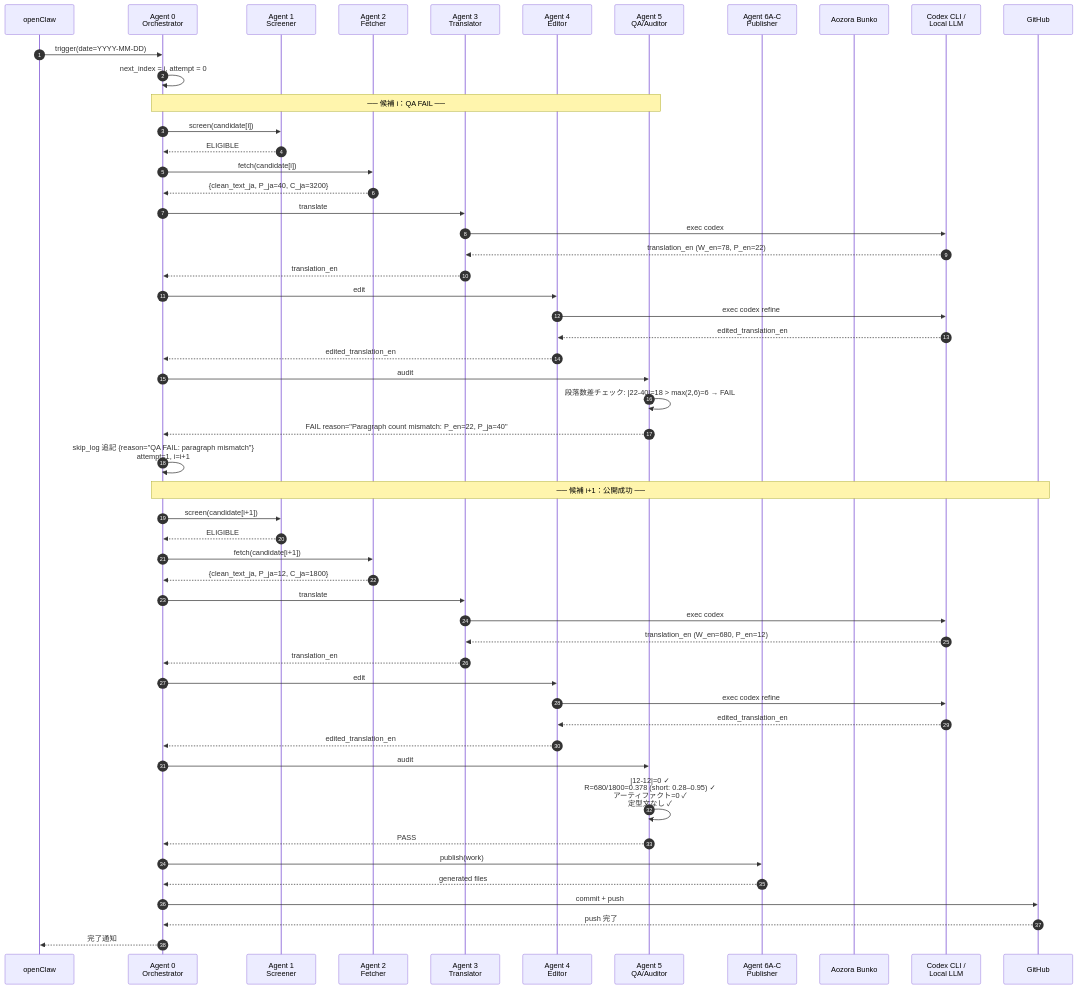
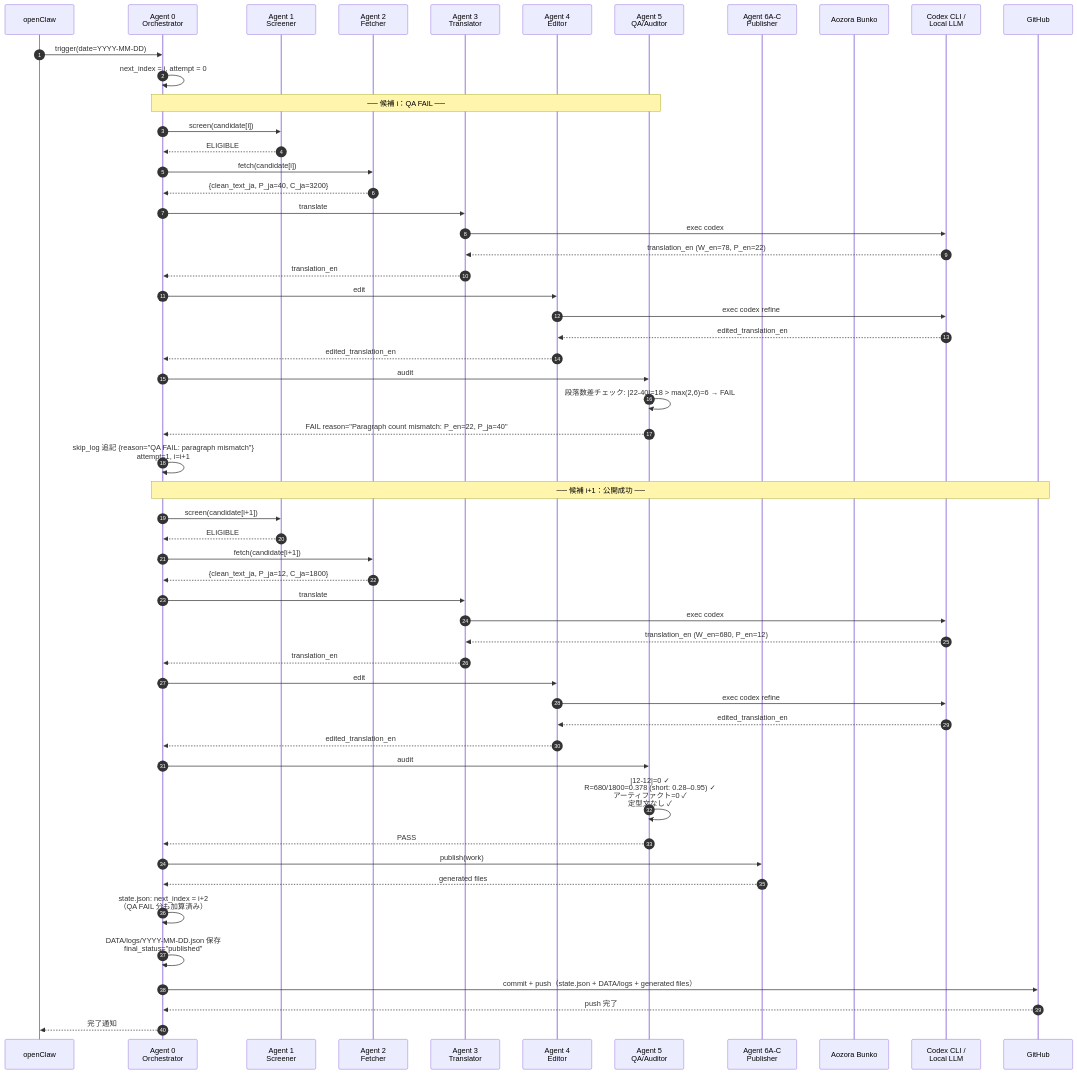
One commit to garyohosu/AozoraDailyTranslations changed the third of 10 diagrams in SEQUENCE.md. Above: the diagram before and after it, drawn with Mermaid. The commit also changed other lines of this file and 1 other file, not shown here.

Commit message:
docs: align workflow commit order and exhausted issue policy

````diff
--- a/SEQUENCE.md
+++ b/SEQUENCE.md
@@ -166,65 +165,67 @@
 ```mermaid
 sequenceDiagram
     autonumber
     participant OC as openClaw
     participant Orch as Agent 0<br/>Orchestrator
     participant Screen as Agent 1<br/>Screener
     participant Fetch as Agent 2<br/>Fetcher
     participant Trans as Agent 3<br/>Translator
     participant Edit as Agent 4<br/>Editor
     participant QA as Agent 5<br/>QA/Auditor
     participant Pub as Agent 6A-C<br/>Publisher
     participant AZ as Aozora Bunko
     participant LLM as Codex CLI /<br/>Local LLM
     participant GH as GitHub
 
     OC->>Orch: trigger(date=YYYY-MM-DD)
     Orch->>Orch: next_index = i, attempt = 0
 
     Note over Orch,QA: ── 候補 i：QA FAIL ──
     Orch->>Screen: screen(candidate[i])
     Screen-->>Orch: ELIGIBLE
     Orch->>Fetch: fetch(candidate[i])
     Fetch-->>Orch: {clean_text_ja, P_ja=40, C_ja=3200}
 
     Orch->>Trans: translate
     Trans->>LLM: exec codex
     LLM-->>Trans: translation_en (W_en=78, P_en=22)
     Trans-->>Orch: translation_en
 
     Orch->>Edit: edit
     Edit->>LLM: exec codex refine
     LLM-->>Edit: edited_translation_en
     Edit-->>Orch: edited_translation_en
 
     Orch->>QA: audit
     QA->>QA: 段落数差チェック: |22-40|=18 > max(2,6)=6 → FAIL
     QA-->>Orch: FAIL reason="Paragraph count mismatch: P_en=22, P_ja=40"
     Orch->>Orch: skip_log 追記 {reason="QA FAIL: paragraph mismatch"}<br/>attempt=1, i=i+1
 
     Note over Orch,GH: ── 候補 i+1：公開成功 ──
     Orch->>Screen: screen(candidate[i+1])
     Screen-->>Orch: ELIGIBLE
     Orch->>Fetch: fetch(candidate[i+1])
     Fetch-->>Orch: {clean_text_ja, P_ja=12, C_ja=1800}
 
     Orch->>Trans: translate
     Trans->>LLM: exec codex
     LLM-->>Trans: translation_en (W_en=680, P_en=12)
     Trans-->>Orch: translation_en
 
     Orch->>Edit: edit
     Edit->>LLM: exec codex refine
     LLM-->>Edit: edited_translation_en
     Edit-->>Orch: edited_translation_en
 
     Orch->>QA: audit
     QA->>QA: |12-12|=0 ✓<br/>R=680/1800=0.378 (short: 0.28–0.95) ✓<br/>アーティファクト=0 ✓<br/>定型文なし ✓
     QA-->>Orch: PASS
 
     Orch->>Pub: publish(work)
     Pub-->>Orch: generated files
-    Orch->>GH: commit + push
+    Orch->>Orch: state.json: next_index = i+2<br/>（QA FAIL 分も加算済み）
+    Orch->>Orch: DATA/logs/YYYY-MM-DD.json 保存<br/>final_status="published"
+    Orch->>GH: commit + push（state.json + DATA/logs + generated files）
     GH-->>Orch: push 完了
     Orch-->>OC: 完了通知
 ```
````
